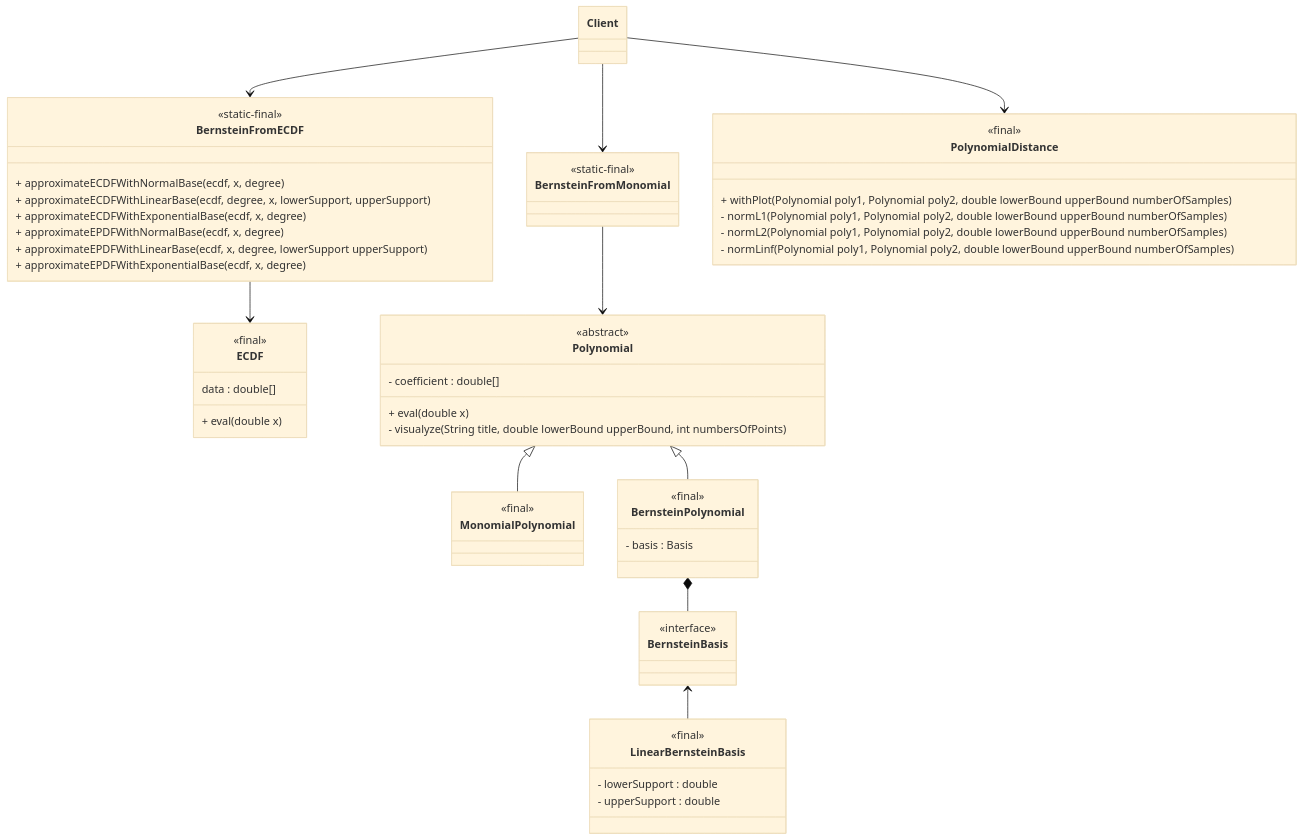
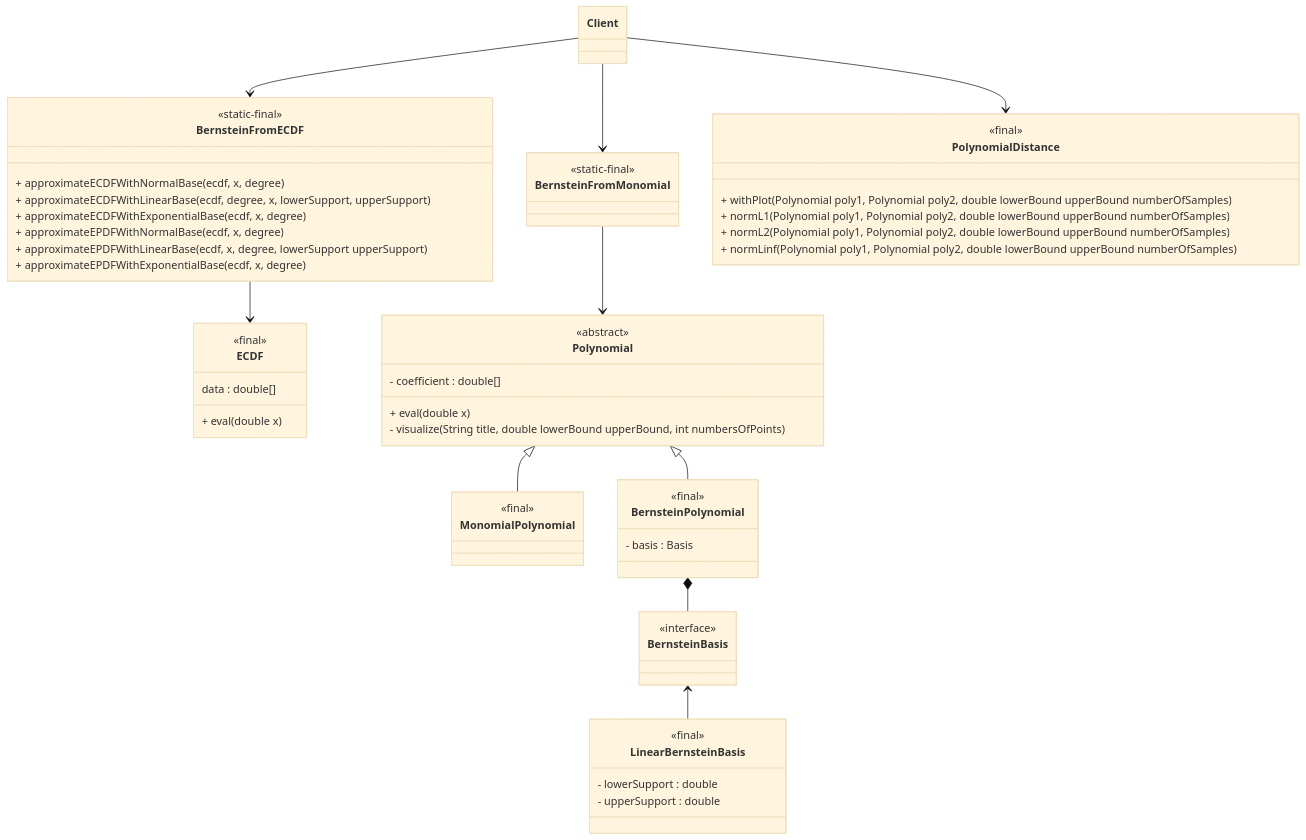
The diagram in report/images/2-bernstein/class_diagram.mmd (edoardosarri24/probabilistic-soft-real-time-analysis), drawn with Mermaid (base theme) before and after one commit. The commit also changed 7 other files, not shown here.

```diff
--- a/report/images/2-bernstein/class_diagram.mmd
+++ b/report/images/2-bernstein/class_diagram.mmd
@@ -1,68 +1,68 @@
 classDiagram
 
     %% BernsteinFromECDF
     class BernsteinFromECDF {
         <<static-final>>
         + approximateECDFWithNormalBase(ecdf, x, degree)
         + approximateECDFWithLinearBase(ecdf, degree, x, lowerSupport, upperSupport)
         + approximateECDFWithExponentialBase(ecdf, x, degree)
         + approximateEPDFWithNormalBase(ecdf, x, degree)
         + approximateEPDFWithLinearBase(ecdf, x, degree, lowerSupport upperSupport)
         + approximateEPDFWithExponentialBase(ecdf, x, degree)
     }
 
     class ECDF {
         <<final>>
         data : double[]
         + eval(double x)
     }
 
     %% BernsteinFromMonomial
     class BernsteinFromMonomial {
         <<static-final>>
     }
 
     class Polynomial {
         <<abstract>>
         - coefficient : double[]
         + eval(double x)
-        - visualyze(String title, double lowerBound upperBound, int numbersOfPoints)
+        - visualize(String title, double lowerBound upperBound, int numbersOfPoints)
     }
 
     class MonomialPolynomial {
         <<final>>
     }
 
     class BernsteinPolynomial {
         <<final>>
         - basis : Basis
     }
 
     class BernsteinBasis {
         <<interface>>
     }
 
     class LinearBernsteinBasis {
         <<final>>
         - lowerSupport : double
         - upperSupport : double
     }
 
     class PolynomialDistance {
         <<final>>
         + withPlot(Polynomial poly1, Polynomial poly2, double lowerBound upperBound numberOfSamples)
-        - normL1(Polynomial poly1, Polynomial poly2, double lowerBound upperBound numberOfSamples)
-        - normL2(Polynomial poly1, Polynomial poly2, double lowerBound upperBound numberOfSamples)
-        - normLinf(Polynomial poly1, Polynomial poly2, double lowerBound upperBound numberOfSamples)
+        + normL1(Polynomial poly1, Polynomial poly2, double lowerBound upperBound numberOfSamples)
+        + normL2(Polynomial poly1, Polynomial poly2, double lowerBound upperBound numberOfSamples)
+        + normLinf(Polynomial poly1, Polynomial poly2, double lowerBound upperBound numberOfSamples)
     }
 
     %% Relation
     Client --> BernsteinFromMonomial
     Client --> BernsteinFromECDF
     Client --> PolynomialDistance
     BernsteinFromMonomial --> Polynomial
     Polynomial <|-- MonomialPolynomial
     Polynomial <|-- BernsteinPolynomial
     BernsteinPolynomial *-- BernsteinBasis
     BernsteinBasis <-- LinearBernsteinBasis
     BernsteinFromECDF --> ECDF
```
